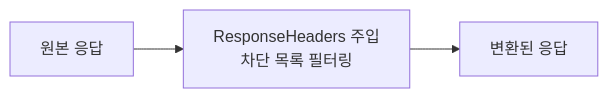
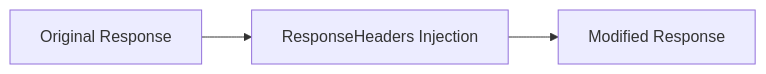
One commit to cagojeiger/drp changed the third of 4 diagrams in docs/architecture/service-layer.md. Above: the diagram before and after it, drawn with Mermaid. The commit also changed other lines of this file and 3 other files, not shown here.

First line of the commit message:
fix(docs): rewrite all Mermaid diagrams for VS Code compatibility

````diff
--- a/docs/architecture/service-layer.md
+++ b/docs/architecture/service-layer.md
@@ -51,5 +51,5 @@
 ```mermaid
 flowchart LR
-    Resp[원본 응답] --> RHI[ResponseHeaders 주입<br/>차단 목록 필터링]
-    RHI --> Out[변환된 응답]
+    Resp["Original Response"] --> RHI["ResponseHeaders Injection"]
+    RHI --> Out["Modified Response"]
 ```
````
